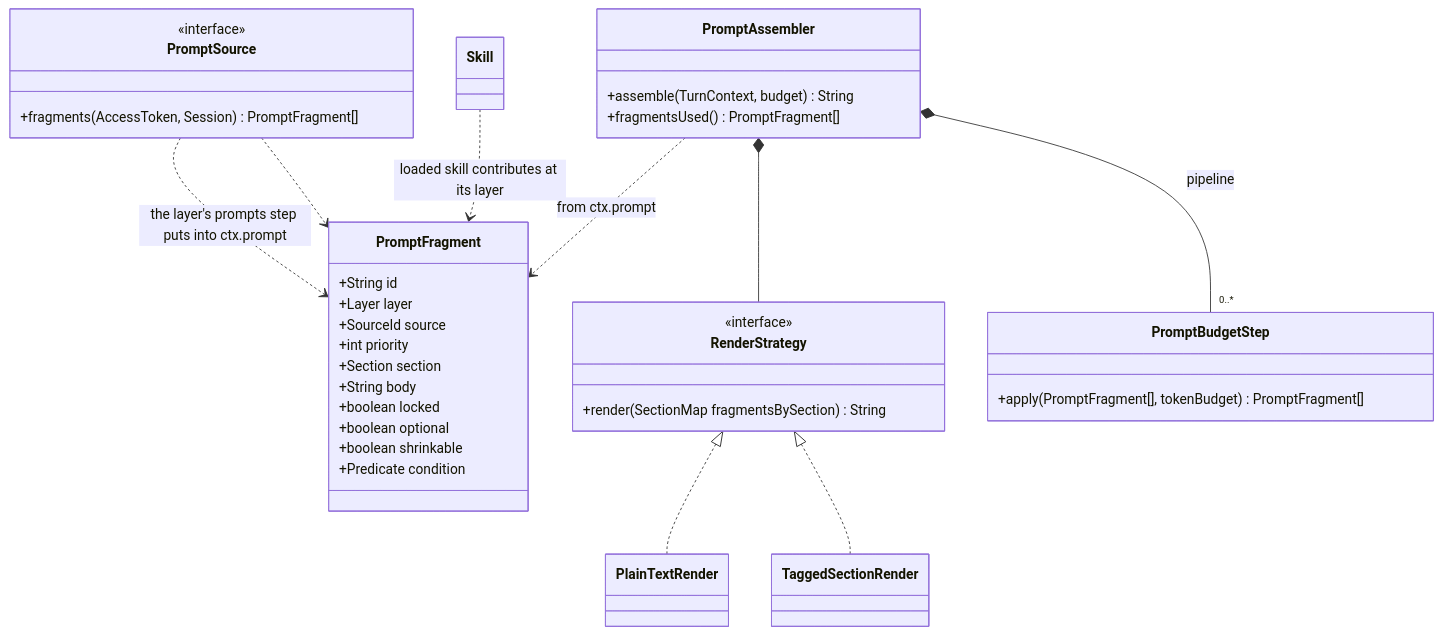
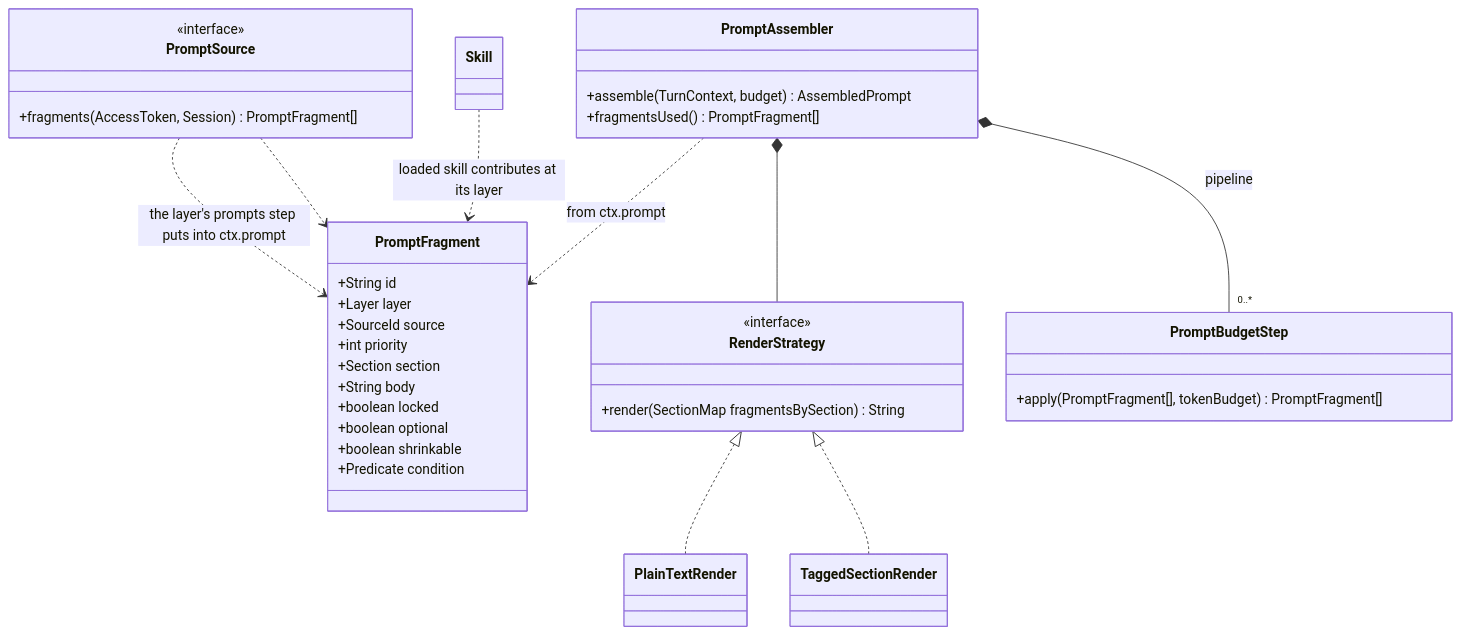
One commit to jstormes/QuickAI2 changed the fifth of 7 diagrams in design/06-object-model.md. Above: the diagram before and after it, drawn with Mermaid. The commit also changed other lines of this file and 21 other files, not shown here.

````diff
--- a/design/06-object-model.md
+++ b/design/06-object-model.md
@@ -622,41 +710,41 @@
 ```mermaid
 classDiagram
     class PromptFragment {
         +String id
         +Layer layer
         +SourceId source
         +int priority
         +Section section
         +String body
         +boolean locked
         +boolean optional
         +boolean shrinkable
         +Predicate condition
     }
     class PromptSource {
         <<interface>>
         +fragments(AccessToken, Session) PromptFragment[]
     }
     class PromptAssembler {
-        +assemble(TurnContext, budget) String
+        +assemble(TurnContext, budget) AssembledPrompt
         +fragmentsUsed() PromptFragment[]
     }
     class RenderStrategy {
         <<interface>>
         +render(SectionMap fragmentsBySection) String
     }
     class PlainTextRender
     class TaggedSectionRender
     class PromptBudgetStep {
         +apply(PromptFragment[], tokenBudget) PromptFragment[]
     }
 
     PromptAssembler ..> PromptFragment : from ctx.prompt
     PromptSource ..> PromptFragment : the layer's prompts step puts into ctx.prompt
     Skill ..> PromptFragment : loaded skill contributes at its layer
     PromptAssembler *-- RenderStrategy
     PromptAssembler *-- "0..*" PromptBudgetStep : pipeline
     RenderStrategy <|.. PlainTextRender
     RenderStrategy <|.. TaggedSectionRender
     PromptSource ..> PromptFragment
 ```
````
